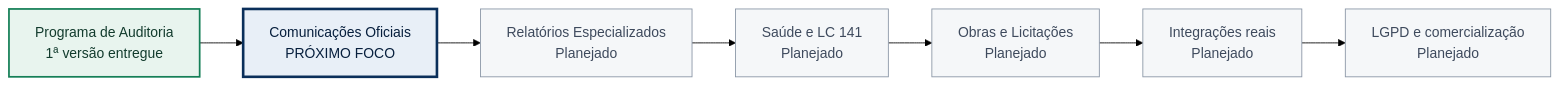
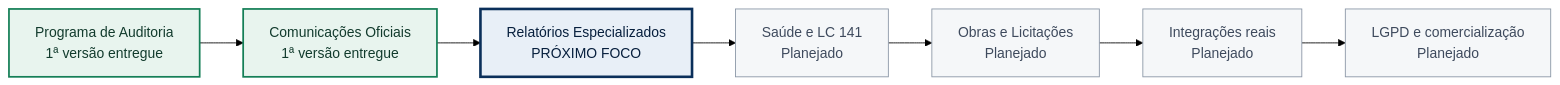
The second of 3 diagrams in docs/roadmap-modulos.md (matssz/trilhagov), drawn with Mermaid (forest theme) before and after one commit. The commit also changed other lines of this file and 20 other files, not shown here.

````diff
--- a/docs/roadmap-modulos.md
+++ b/docs/roadmap-modulos.md
@@ -36,19 +36,19 @@
 ```mermaid
 flowchart LR
     A["Programa de Auditoria<br/>1ª versão entregue"]
-    B["Comunicações Oficiais<br/>PRÓXIMO FOCO"]
-    C["Relatórios Especializados<br/>Planejado"]
+    B["Comunicações Oficiais<br/>1ª versão entregue"]
+    C["Relatórios Especializados<br/>PRÓXIMO FOCO"]
     D["Saúde e LC 141<br/>Planejado"]
     E["Obras e Licitações<br/>Planejado"]
     F["Integrações reais<br/>Planejado"]
     G["LGPD e comercialização<br/>Planejado"]
 
     A --> B --> C --> D --> E --> F --> G
 
     classDef delivered fill:#e8f4ee,stroke:#157f57,color:#123b2d,stroke-width:2px;
     classDef focus fill:#e8eff7,stroke:#0a2f5a,color:#071f3d,stroke-width:3px;
     classDef planned fill:#f5f7f9,stroke:#8995a5,color:#3e4a5d,stroke-width:1px;
-    class A delivered;
-    class B focus;
-    class C,D,E,F,G planned;
+    class A,B delivered;
+    class C focus;
+    class D,E,F,G planned;
 ```
````
